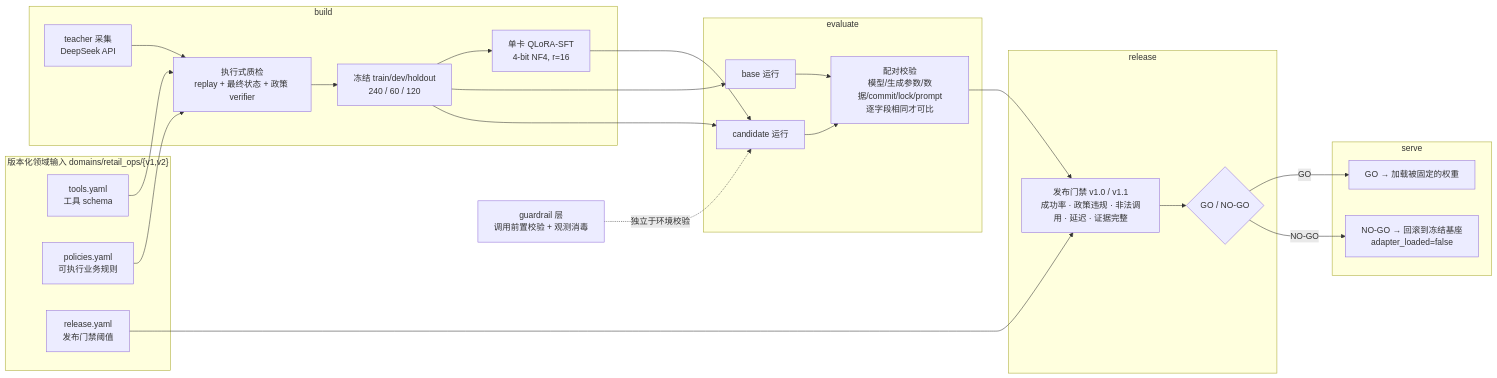
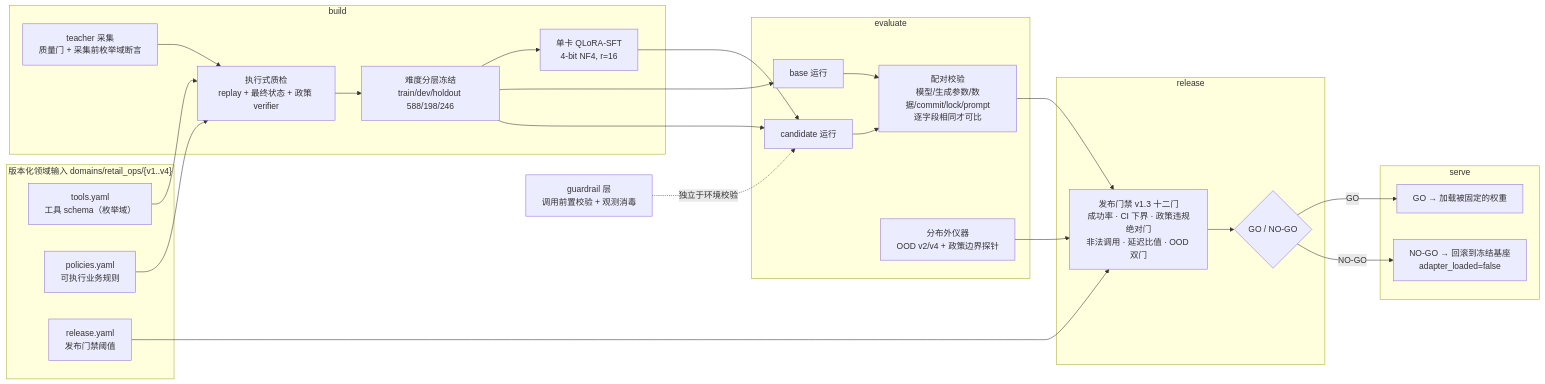
One commit to emmmdty/retail-agent-ops changed the diagram in README.md. Above: the diagram before and after it, drawn with Mermaid. The commit also changed other lines of this file and 64 other files, not shown here.

````diff
--- a/README.md
+++ b/README.md
@@ -53,43 +66,45 @@
 ```mermaid
 flowchart LR
-    subgraph INPUT["版本化领域输入 domains/retail_ops/{v1,v2}"]
-        TOOLS["tools.yaml<br/>工具 schema"]
+    subgraph INPUT["版本化领域输入 domains/retail_ops/{v1..v4}"]
+        TOOLS["tools.yaml<br/>工具 schema（枚举域）"]
         POL["policies.yaml<br/>可执行业务规则"]
         REL["release.yaml<br/>发布门禁阈值"]
     end
 
     subgraph BUILD["build"]
-        TEACH["teacher 采集<br/>DeepSeek API"]
+        TEACH["teacher 采集<br/>质量门 + 采集前枚举域断言"]
         QC["执行式质检<br/>replay + 最终状态 + 政策 verifier"]
-        FREEZE["冻结 train/dev/holdout<br/>240 / 60 / 120"]
+        FREEZE["难度分层冻结<br/>train/dev/holdout 588/198/246"]
         SFT["单卡 QLoRA-SFT<br/>4-bit NF4, r=16"]
     end
 
     subgraph EVAL["evaluate"]
         BASE["base 运行"]
         CAND["candidate 运行"]
         PAIR["配对校验<br/>模型/生成参数/数据/commit/lock/prompt<br/>逐字段相同才可比"]
+        OOD["分布外仪器<br/>OOD v2/v4 + 政策边界探针"]
     end
 
     subgraph RELEASE["release"]
-        GATE["发布门禁 v1.0 / v1.1<br/>成功率 · 政策违规 · 非法调用 · 延迟 · 证据完整"]
+        GATE["发布门禁 v1.3 十二门<br/>成功率 · CI 下界 · 政策违规绝对门<br/>非法调用 · 延迟比值 · OOD 双门"]
         DEC{"GO / NO-GO"}
     end
 
     subgraph SERVE["serve"]
         GO_PATH["GO → 加载被固定的权重"]
         NOGO_PATH["NO-GO → 回滚到冻结基座<br/>adapter_loaded=false"]
     end
 
     TOOLS --> QC
     POL --> QC
     TEACH --> QC --> FREEZE --> SFT
     FREEZE --> BASE & CAND
     SFT --> CAND
     BASE & CAND --> PAIR --> GATE
+    OOD --> GATE
     REL --> GATE --> DEC
     DEC -->|GO| GO_PATH
     DEC -->|NO-GO| NOGO_PATH
 
     GUARD["guardrail 层<br/>调用前置校验 + 观测消毒"] -.独立于环境校验.-> CAND
 ```
````
